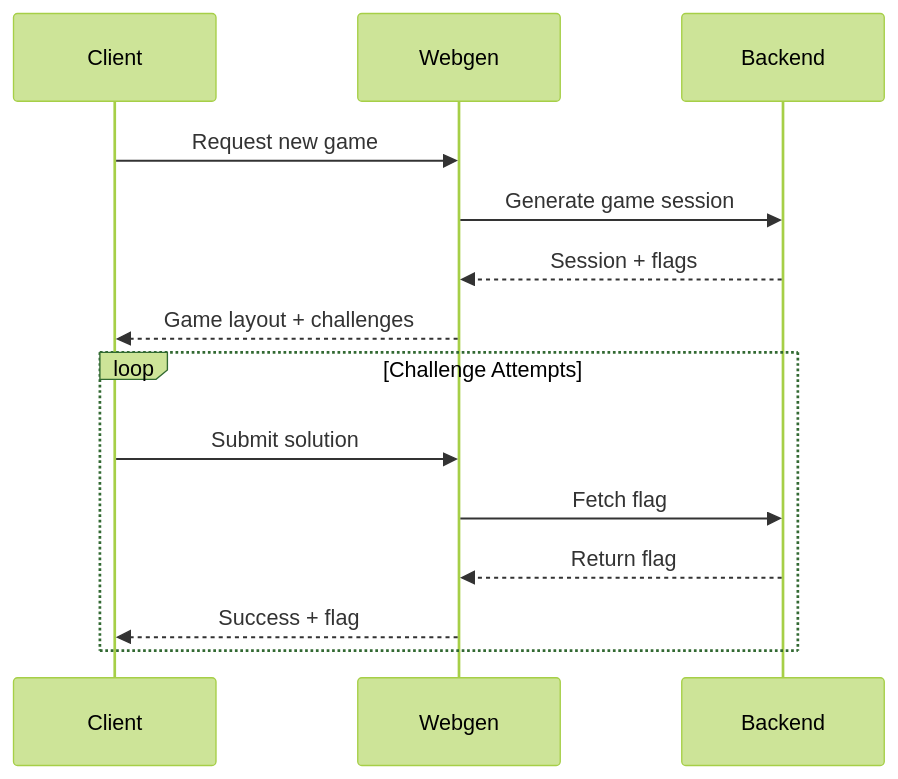
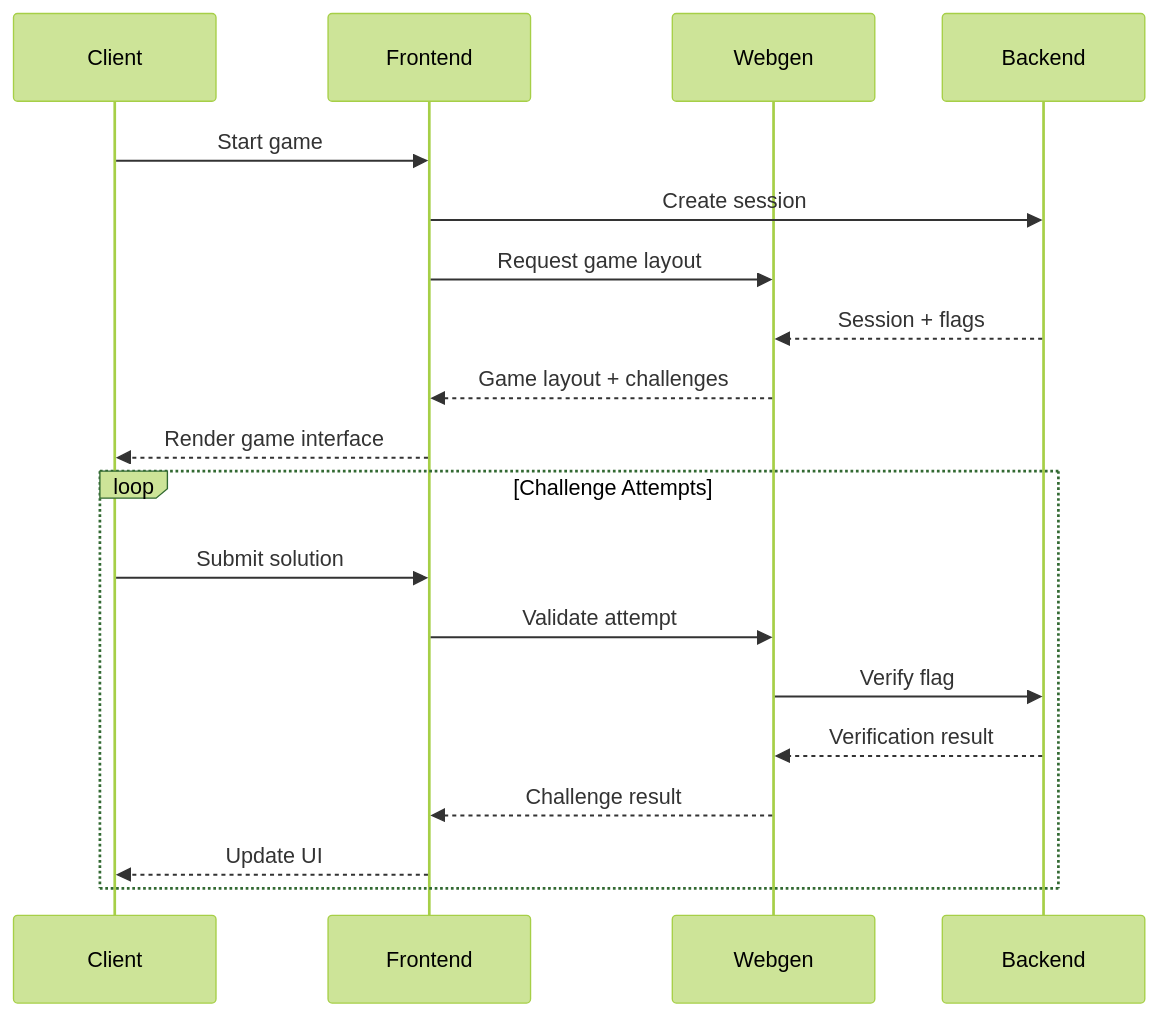
One commit to devhacks-2025-gtfo/gtfo changed the diagram in docs/architecture/system-flow.md. Above: the diagram before and after it, drawn with Mermaid (forest theme). The commit also changed other lines of this file and 5 other files, not shown here.

````diff
--- a/docs/architecture/system-flow.md
+++ b/docs/architecture/system-flow.md
@@ -24,18 +27,23 @@
 ```mermaid
 sequenceDiagram
     participant Client
+    participant Frontend
     participant Webgen
     participant Backend
     
-    Client->>Webgen: Request new game
-    Webgen->>Backend: Generate game session
+    Client->>Frontend: Start game
+    Frontend->>Backend: Create session
+    Frontend->>Webgen: Request game layout
     Backend-->>Webgen: Session + flags
-    Webgen-->>Client: Game layout + challenges
+    Webgen-->>Frontend: Game layout + challenges
+    Frontend-->>Client: Render game interface
     
     loop Challenge Attempts
-        Client->>Webgen: Submit solution
-        Webgen->>Backend: Fetch flag
-        Backend-->>Webgen: Return flag
-        Webgen-->>Client: Success + flag
+        Client->>Frontend: Submit solution
+        Frontend->>Webgen: Validate attempt
+        Webgen->>Backend: Verify flag
+        Backend-->>Webgen: Verification result
+        Webgen-->>Frontend: Challenge result
+        Frontend-->>Client: Update UI
     end
 ```
````
